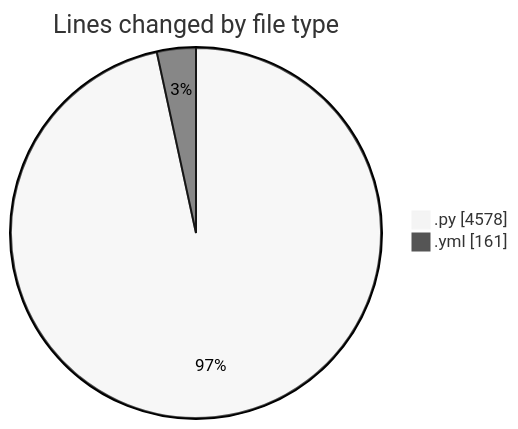
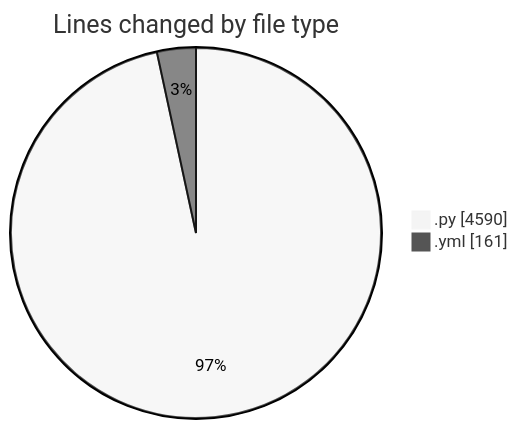
Before and after one commit to julien-gomy/code-tracking: the first of 2 diagrams in 2025-10-15/eventscop-api-guide__workspace_/README.md, drawn with Mermaid (neutral theme). The commit also changed other lines of this file and 1 other file, not shown here.

````diff
--- a/2025-10-15/eventscop-api-guide__workspace_/README.md
+++ b/2025-10-15/eventscop-api-guide__workspace_/README.md
@@ -30,6 +30,6 @@
 ```mermaid
 pie showData
 title Lines changed by file type
-".py" : 4578
+".py" : 4590
 ".yml" : 161
 ```
````
